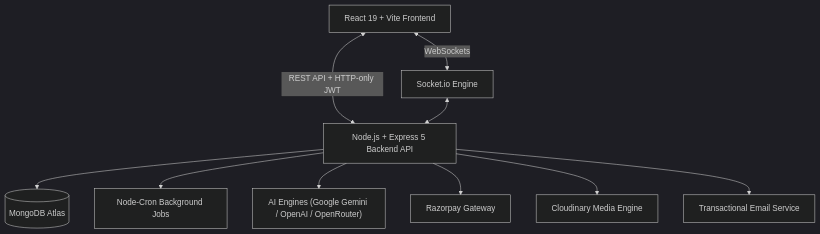
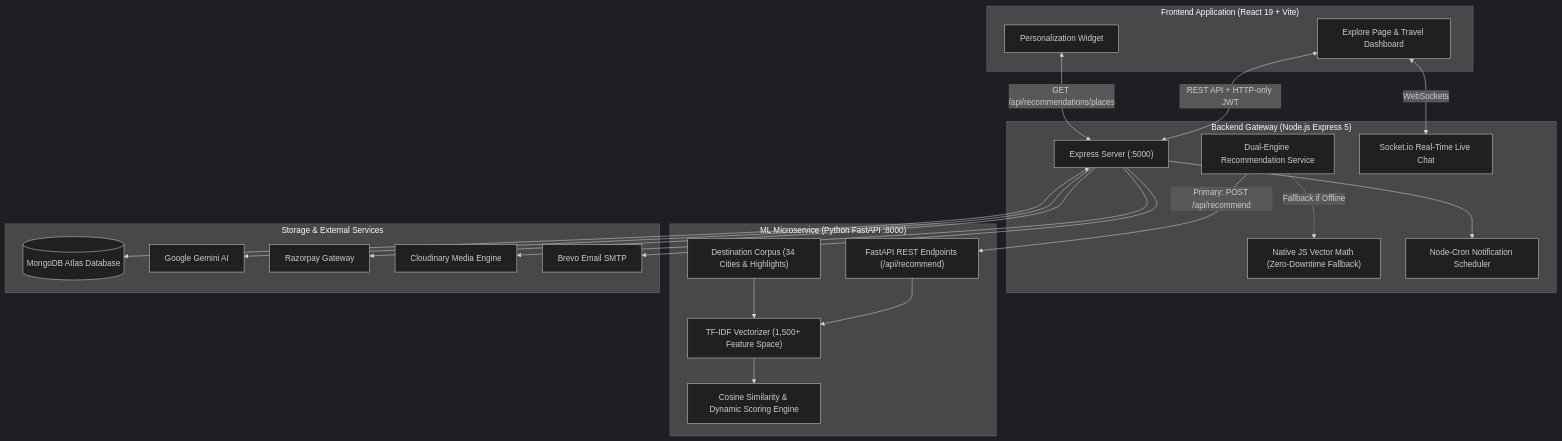
Before and after one commit to prashik24/OnTrip: the diagram in README.md, drawn with Mermaid (dark theme). The commit also changed other lines of this file, not shown here.

Commit message:
docs: overhaul README with ML architecture, system diagrams, and setup instructions

````diff
--- a/README.md
+++ b/README.md
@@ -19,24 +30,48 @@
 ```mermaid
 graph TD
-    Client["React 19 + Vite Frontend"]
-    Server["Node.js + Express 5 Backend API"]
-    DB[(MongoDB Atlas)]
-    Socket["Socket.io Engine"]
-    Cron["Node-Cron Background Jobs"]
+    subgraph ClientLayer["Frontend Application (React 19 + Vite)"]
+        UI["Explore Page & Travel Dashboard"]
+        RecsComp["<RecommendedPlaces /> Personalization Widget"]
+    end
+
+    subgraph APILayer["Backend Gateway (Node.js Express 5)"]
+        Server["Express Server (:5000)"]
+        RecService["Dual-Engine Recommendation Service"]
+        NativeEngine["Native JS Vector Math (Zero-Downtime Fallback)"]
+        SocketEngine["Socket.io Real-Time Live Chat"]
+        CronEngine["Node-Cron Notification Scheduler"]
+    end
+
+    subgraph MLLayer["ML Microservice (Python FastAPI :8000)"]
+        FastAPI["FastAPI REST Endpoints (/api/recommend)"]
+        Corpus["Destination Corpus (34 Cities & Highlights)"]
+        TFIDF["TF-IDF Vectorizer (1,500+ Feature Space)"]
+        CosineEngine["Cosine Similarity & Dynamic Scoring Engine"]
+    end
+
+    subgraph DataLayer["Storage & External Services"]
+        Mongo[("MongoDB Atlas Database")]
+        Gemini["Google Gemini AI"]
+        Razorpay["Razorpay Gateway"]
+        Cloudinary["Cloudinary Media Engine"]
+        Brevo["Brevo Email SMTP"]
+    end
+
+    UI <-->|REST API + HTTP-only JWT| Server
+    RecsComp <-->|GET /api/recommendations/places| Server
+    UI <-->|WebSockets| SocketEngine
+
+    Server <--> Mongo
+    Server --> CronEngine
+    Server --> Gemini
+    Server --> Razorpay
+    Server --> Cloudinary
+    Server --> Brevo
+
+    RecService -->|Primary: POST /api/recommend| FastAPI
+    RecService -.->|Fallback if Offline| NativeEngine
     
-    AI["AI Engines (Google Gemini / OpenAI / OpenRouter)"]
-    Pay["Razorpay Gateway"]
-    Cloud["Cloudinary Media Engine"]
-    Mail["Transactional Email Service"]
-
-    Client <-->|REST API + HTTP-only JWT| Server
-    Client <-->|WebSockets| Socket
-    Socket <--> Server
-    
-    Server --> DB
-    Server --> Cron
-    Server --> AI
-    Server --> Pay
-    Server --> Cloud
-    Server --> Mail
+    FastAPI --> TFIDF
+    Corpus --> TFIDF
+    TFIDF --> CosineEngine
 ```
````
